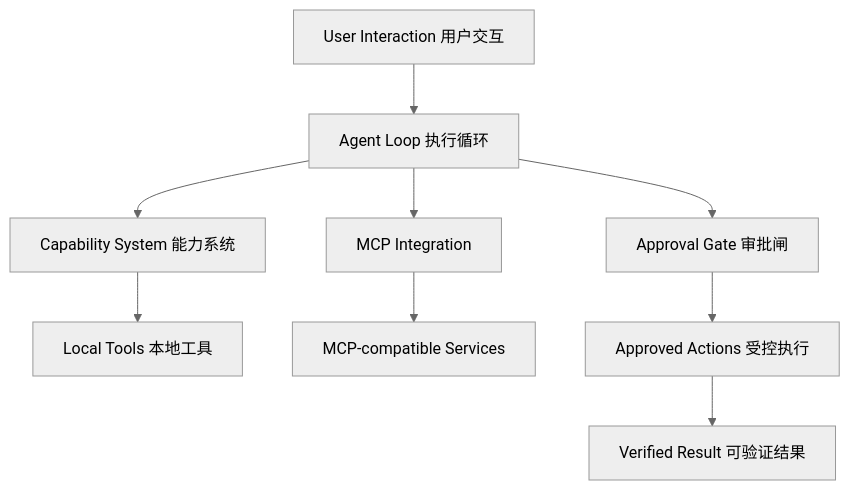
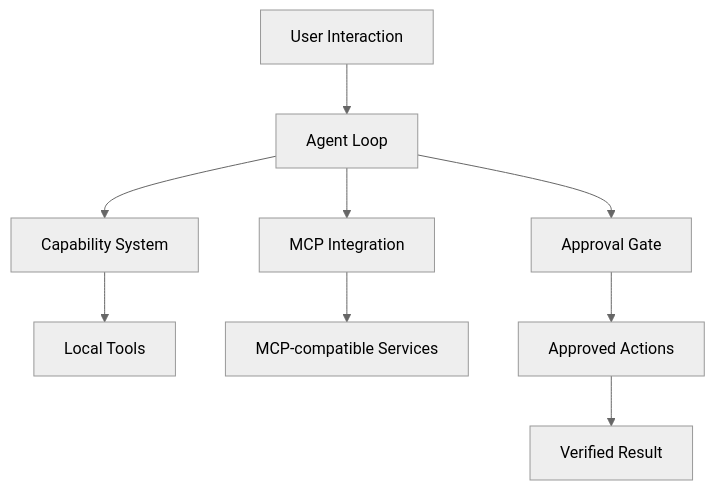
One commit to rfgttt/bedrock-agent changed the diagram in README.md. Above: the diagram before and after it, drawn with Mermaid (neutral theme). The commit also changed other lines of this file and 1 other file, not shown here.

````diff
--- a/README.md
+++ b/README.md
@@ -32,12 +28,12 @@
 ```mermaid
 flowchart TD
-    User[User Interaction 用户交互]
-    User --> AgentLoop[Agent Loop 执行循环]
-    AgentLoop --> Capability[Capability System 能力系统]
+    User[User Interaction]
+    User --> AgentLoop[Agent Loop]
+    AgentLoop --> Capability[Capability System]
     AgentLoop --> MCP[MCP Integration]
-    AgentLoop --> Security[Approval Gate 审批闸]
-    Capability --> Tools[Local Tools 本地工具]
+    AgentLoop --> Security[Approval Gate]
+    Capability --> Tools[Local Tools]
     MCP --> External[MCP-compatible Services]
-    Security --> Execute[Approved Actions 受控执行]
-    Execute --> Result[Verified Result 可验证结果]
+    Security --> Execute[Approved Actions]
+    Execute --> Result[Verified Result]
 ```
````
